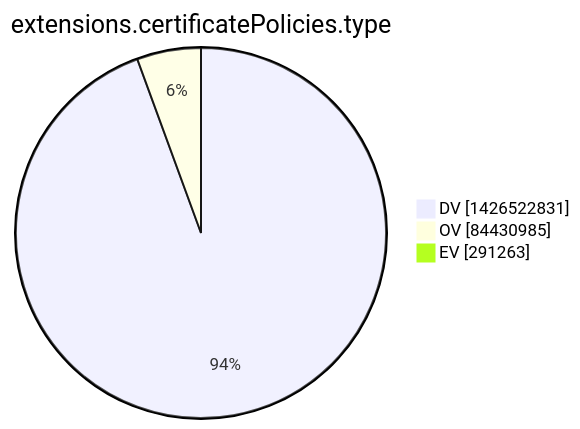
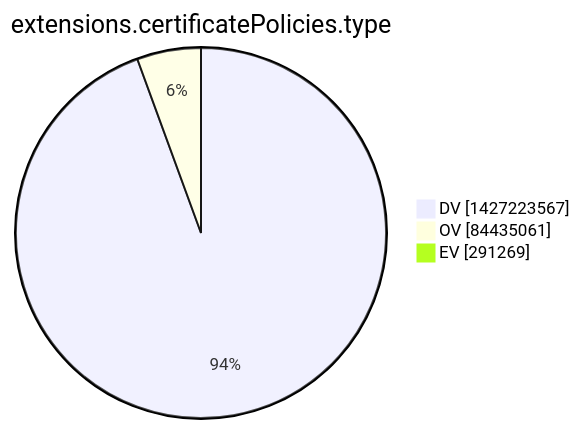
Before and after one commit to christiankrug/ctmonitor_visualization: the tenth of 15 diagrams in argon2022/README.md, drawn with Mermaid. The commit also changed other lines of this file, not shown here.

````diff
--- a/argon2022/README.md
+++ b/argon2022/README.md
@@ -2773,7 +2773,7 @@
 ```mermaid
 pie showData
 title extensions.certificatePolicies.type
-"DV" :1426522831
-"OV" :84430985
-"EV" :291263
+"DV" :1427223567
+"OV" :84435061
+"EV" :291269
 ```
````
